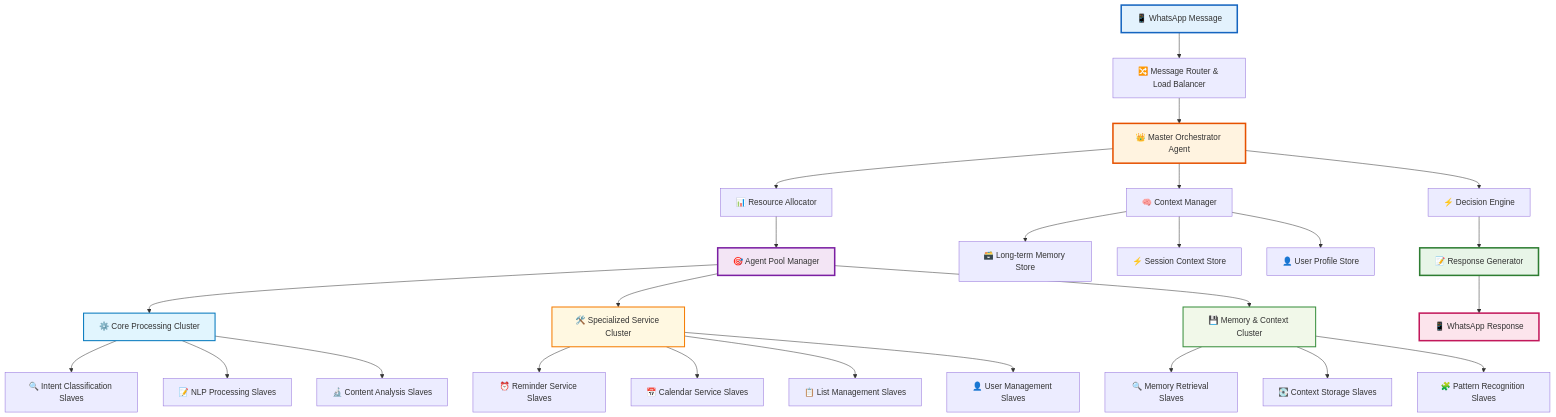
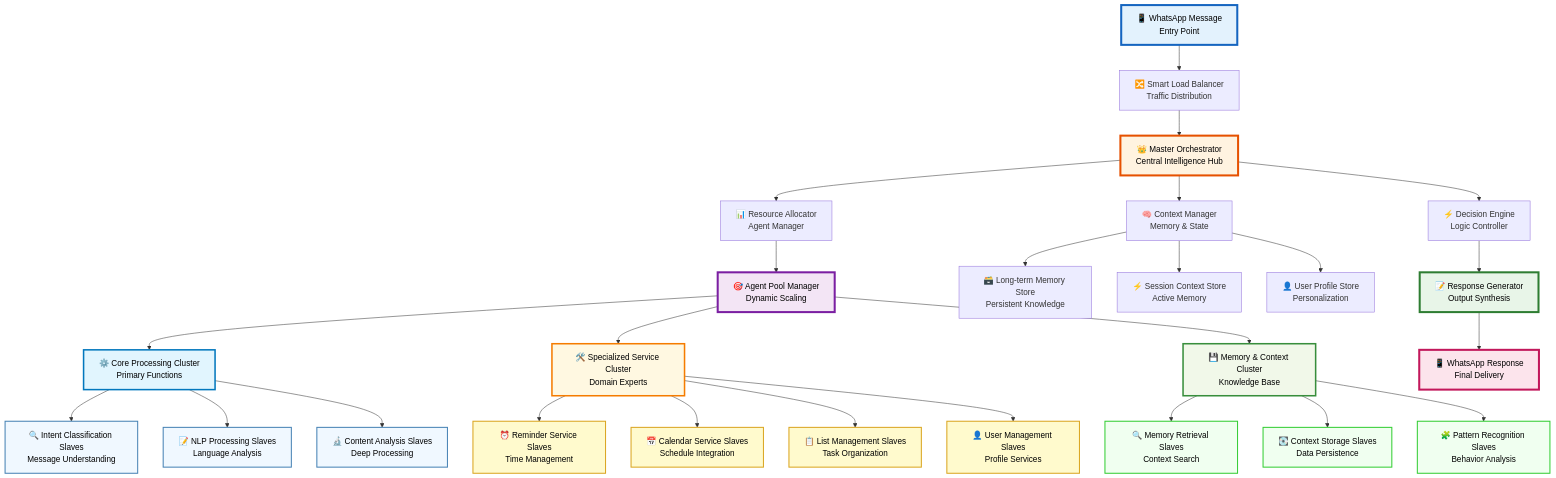
One commit to KaifAhmad1/memorae changed the third of 9 diagrams in README.md. Above: the diagram before and after it, drawn with Mermaid. The commit also changed other lines of this file, not shown here.

````diff
--- a/README.md
+++ b/README.md
@@ -80,47 +96,60 @@
 ```mermaid
 flowchart TD
-    A[📱 WhatsApp Message] --> B[🔀 Message Router & Load Balancer]
-    B --> C[👑 Master Orchestrator Agent]
+    A["📱 WhatsApp Message<br/>Entry Point"] --> B["🔀 Smart Load Balancer<br/>Traffic Distribution"]
     
-    C --> D[🧠 Context Manager]
-    C --> E[⚡ Decision Engine]
-    C --> F[📊 Resource Allocator]
+    B --> C["👑 Master Orchestrator<br/>Central Intelligence Hub"]
     
-    F --> G[🎯 Agent Pool Manager]
+    C --> D["🧠 Context Manager<br/>Memory & State"]
+    C --> E["⚡ Decision Engine<br/>Logic Controller"]
+    C --> F["📊 Resource Allocator<br/>Agent Manager"]
     
-    G --> H[⚙️ Core Processing Cluster]
-    G --> I[🛠️ Specialized Service Cluster]
-    G --> J[💾 Memory & Context Cluster]
+    F --> G["🎯 Agent Pool Manager<br/>Dynamic Scaling"]
     
-    H --> H1[🔍 Intent Classification Slaves]
-    H --> H2[📝 NLP Processing Slaves]
-    H --> H3[🔬 Content Analysis Slaves]
+    G --> H["⚙️ Core Processing Cluster<br/>Primary Functions"]
+    G --> I["🛠️ Specialized Service Cluster<br/>Domain Experts"]
+    G --> J["💾 Memory & Context Cluster<br/>Knowledge Base"]
     
-    I --> I1[⏰ Reminder Service Slaves]
-    I --> I2[📅 Calendar Service Slaves]
-    I --> I3[📋 List Management Slaves]
-    I --> I4[👤 User Management Slaves]
+    H --> H1["🔍 Intent Classification Slaves<br/>Message Understanding"]
+    H --> H2["📝 NLP Processing Slaves<br/>Language Analysis"]
+    H --> H3["🔬 Content Analysis Slaves<br/>Deep Processing"]
     
-    J --> J1[🔍 Memory Retrieval Slaves]
-    J --> J2[💽 Context Storage Slaves]
-    J --> J3[🧩 Pattern Recognition Slaves]
+    I --> I1["⏰ Reminder Service Slaves<br/>Time Management"]
+    I --> I2["📅 Calendar Service Slaves<br/>Schedule Integration"]
+    I --> I3["📋 List Management Slaves<br/>Task Organization"]
+    I --> I4["👤 User Management Slaves<br/>Profile Services"]
     
-    D --> K[🗃️ Long-term Memory Store]
-    D --> L[⚡ Session Context Store]
-    D --> M[👤 User Profile Store]
+    J --> J1["🔍 Memory Retrieval Slaves<br/>Context Search"]
+    J --> J2["💽 Context Storage Slaves<br/>Data Persistence"]
+    J --> J3["🧩 Pattern Recognition Slaves<br/>Behavior Analysis"]
     
-    E --> N[📝 Response Generator]
-    N --> O[📱 WhatsApp Response]
+    D --> K["🗃️ Long-term Memory Store<br/>Persistent Knowledge"]
+    D --> L["⚡ Session Context Store<br/>Active Memory"]
+    D --> M["👤 User Profile Store<br/>Personalization"]
     
-    %% Styling
-    style A fill:#e3f2fd,stroke:#1565c0,stroke-width:3px
-    style C fill:#fff3e0,stroke:#e65100,stroke-width:3px
-    style G fill:#f3e5f5,stroke:#7b1fa2,stroke-width:3px
-    style N fill:#e8f5e8,stroke:#2e7d32,stroke-width:3px
-    style O fill:#fce4ec,stroke:#c2185b,stroke-width:3px
+    E --> N["📝 Response Generator<br/>Output Synthesis"]
+    N --> O["📱 WhatsApp Response<br/>Final Delivery"]
     
-    %% Cluster styling
-    style H fill:#e1f5fe,stroke:#0277bd,stroke-width:2px
-    style I fill:#fff8e1,stroke:#f57c00,stroke-width:2px
-    style J fill:#f1f8e9,stroke:#388e3c,stroke-width:2px
+    %% Enhanced styling with better colors and transparency
+    style A fill:#e3f2fd,stroke:#1565c0,stroke-width:4px,color:#000
+    style C fill:#fff3e0,stroke:#e65100,stroke-width:4px,color:#000
+    style G fill:#f3e5f5,stroke:#7b1fa2,stroke-width:4px,color:#000
+    style N fill:#e8f5e8,stroke:#2e7d32,stroke-width:4px,color:#000
+    style O fill:#fce4ec,stroke:#c2185b,stroke-width:4px,color:#000
+    
+    %% Cluster styling with transparency
+    style H fill:#e1f5fe,stroke:#0277bd,stroke-width:3px,color:#000
+    style I fill:#fff8e1,stroke:#f57c00,stroke-width:3px,color:#000
+    style J fill:#f1f8e9,stroke:#388e3c,stroke-width:3px,color:#000
+    
+    %% Individual components
+    style H1 fill:#f0f8ff,stroke:#4682b4,stroke-width:2px,color:#000
+    style H2 fill:#f0f8ff,stroke:#4682b4,stroke-width:2px,color:#000
+    style H3 fill:#f0f8ff,stroke:#4682b4,stroke-width:2px,color:#000
+    style I1 fill:#fffacd,stroke:#daa520,stroke-width:2px,color:#000
+    style I2 fill:#fffacd,stroke:#daa520,stroke-width:2px,color:#000
+    style I3 fill:#fffacd,stroke:#daa520,stroke-width:2px,color:#000
+    style I4 fill:#fffacd,stroke:#daa520,stroke-width:2px,color:#000
+    style J1 fill:#f0fff0,stroke:#32cd32,stroke-width:2px,color:#000
+    style J2 fill:#f0fff0,stroke:#32cd32,stroke-width:2px,color:#000
+    style J3 fill:#f0fff0,stroke:#32cd32,stroke-width:2px,color:#000
 ```
````
